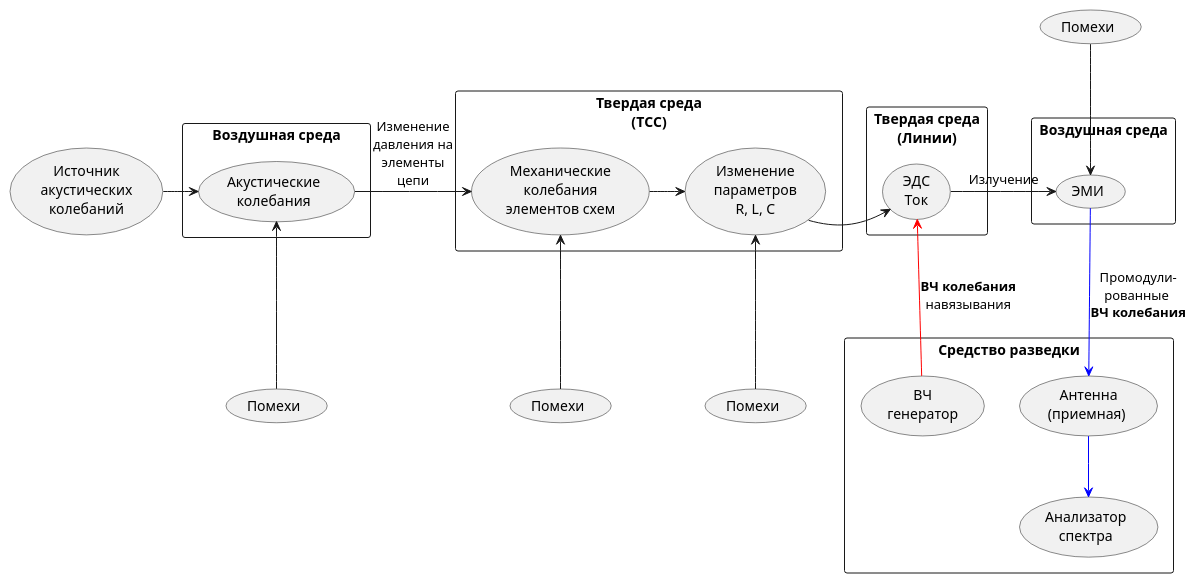
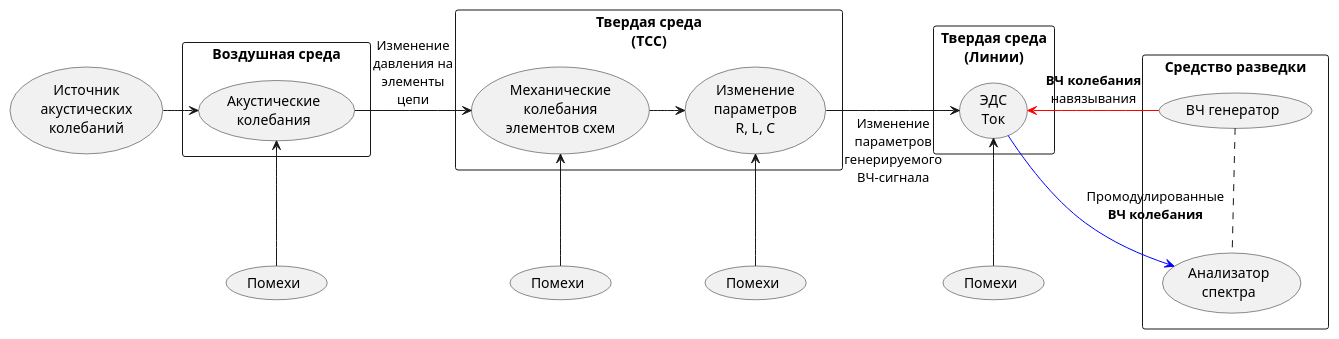
One commit to almkuznetsov/bmstu-kb changed the diagram in Заметки/Канал утечки акустической речевой информации за счет высокочастотного навязывания со съемом по линии.md. Above: the diagram before and after it, drawn with PlantUML. The commit also changed other lines of this file and 5 other files, not shown here.

````diff
--- a/Заметки/Канал утечки акустической речевой информации за счет высокочастотного навязывания со съемом по линии.md
+++ b/Заметки/Канал утечки акустической речевой информации за счет высокочастотного навязывания со съемом по линии.md
@@ -2,39 +1,32 @@
 ```plantuml
-@startuml
 usecase "Источник\nакустических\nколебаний" as Istochnik
 rectangle "Воздушная среда" {
-usecase "Акустические\nколебания" as AkustKoleb
-Istochnik -right-> AkustKoleb
+	usecase "Акустические\nколебания" as AkustKoleb
+	Istochnik -right-> AkustKoleb
 }
 rectangle "Твердая среда\n(ТСС)" {
 	usecase "Механические\nколебания\nэлементов схем" as MechKoleb
 	usecase "Изменение\nпараметров\nR, L, C" as IzmenParam
 	AkustKoleb -right-> MechKoleb : Изменение\nдавления на\nэлементы\nцепи
 	MechKoleb -right-> IzmenParam
 }
 rectangle "Твердая среда\n(Линии)" {
 	usecase "ЭДС\nТок" as EDS
-}
-IzmenParam -right-> EDS
-rectangle "Воздушная среда\n" {
-	usecase "ЭМИ" as Emi
-	EDS -right-> Emi : Излучение
+	IzmenParam -right-> EDS : Изменение\nпараметров\nгенерируемого\nВЧ-сигнала
 }
 rectangle "Средство разведки" {
 	usecase "Анализатор\nспектра" as AS
-	usecase "ВЧ\nгенератор" as Generator
-	usecase "Антенна\n(приемная) " as AntennaPriem
-	EDS <-[#red]up- Generator : **ВЧ колебания**\nнавязывания
-	AS <-[#blue]up- AntennaPriem
-	Emi -[#blue]-> AntennaPriem : Промодули-\nрованные \n**ВЧ колебания**
+	usecase "ВЧ генератор" as Generator
+	Generator -. AS
+	AS <-[#blue]left- EDS : Промодулированные\n**ВЧ колебания**
+	Generator -[#red]left-> EDS : **ВЧ колебания**\nнавязывания
 }
 usecase "Помехи" as Pomehi1
-Pomehi1 -up-> MechKoleb
+Pomehi1 -up-> EDS
 usecase "Помехи" as Pomehi2
-Pomehi2 -up-> AkustKoleb
+Pomehi2 -up-> MechKoleb
 usecase "Помехи" as Pomehi3
-Pomehi3 -up-> IzmenParam
+Pomehi3 -up-> AkustKoleb
 usecase "Помехи" as Pomehi4
-Pomehi4 -down-> Emi
-@enduml
+Pomehi4 -up-> IzmenParam
 ```
````
